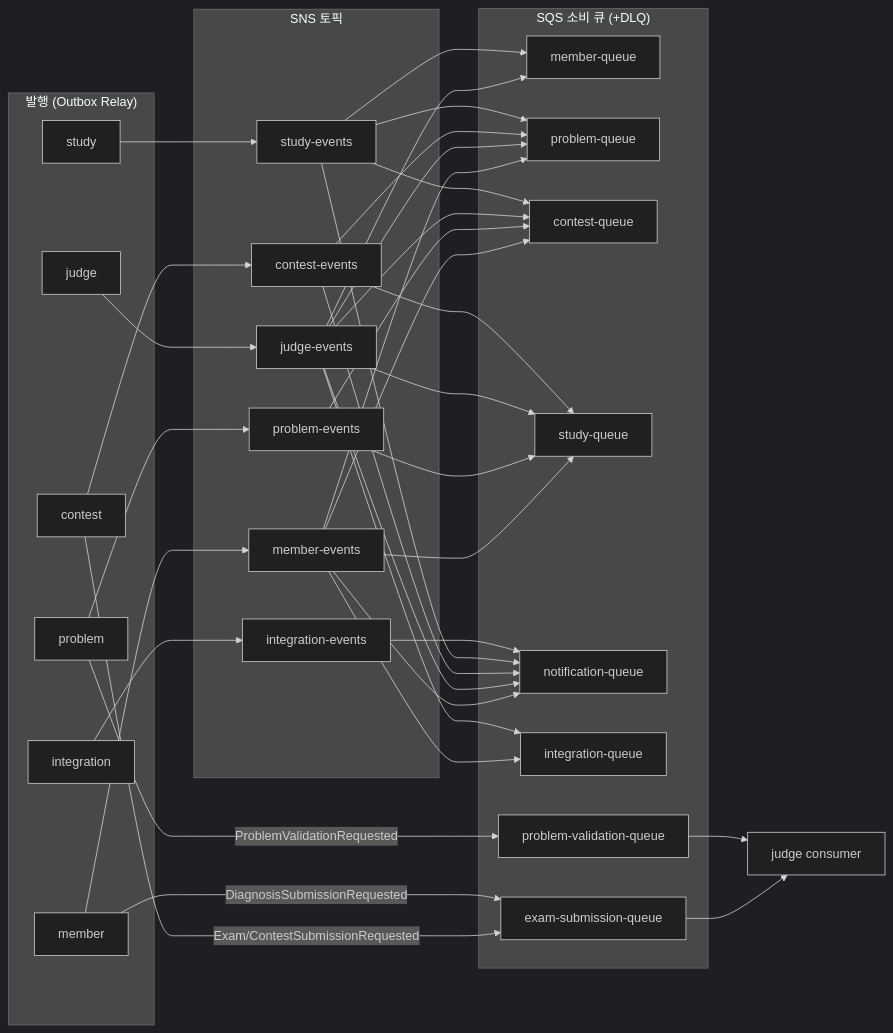
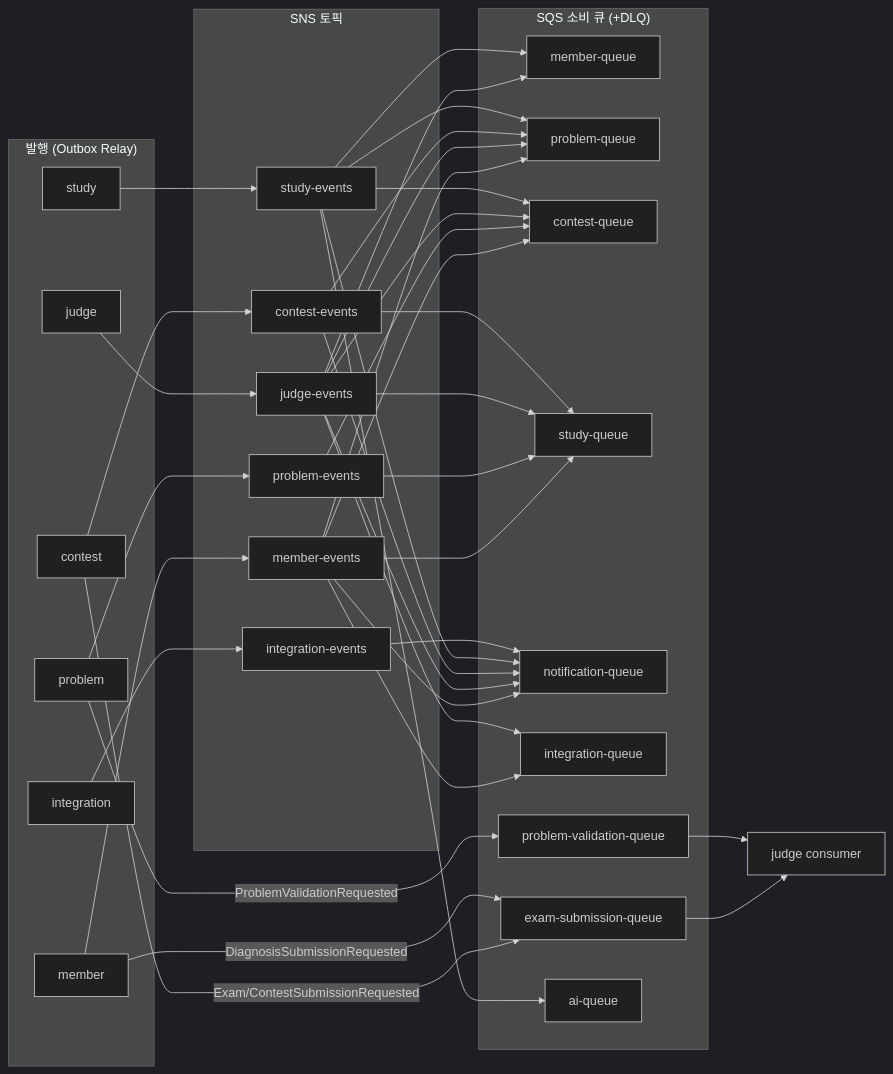
Before and after one commit to Back-To-Back-team-3/re-solve: the diagram in docs/dev/specifications/event-contract.md, drawn with Mermaid (dark theme). The commit also changed other lines of this file and 9 other files, not shown here.

````diff
--- a/docs/dev/specifications/event-contract.md
+++ b/docs/dev/specifications/event-contract.md
@@ -91,46 +91,47 @@
 ```mermaid
 flowchart LR
     subgraph PUB["발행 (Outbox Relay)"]
         M[member]
         P[problem]
         J[judge]
         C[contest]
         S[study]
         I[integration]
     end
     subgraph TOPIC["SNS 토픽"]
         TM[member-events]
         TP[problem-events]
         TJ[judge-events]
         TC[contest-events]
         TS[study-events]
         TI[integration-events]
     end
     subgraph QUEUE["SQS 소비 큐 (+DLQ)"]
         QM[member-queue]
         QP[problem-queue]
         QC[contest-queue]
         QS[study-queue]
         QN[notification-queue]
         QI[integration-queue]
         QX[exam-submission-queue]
         QV[problem-validation-queue]
+        QA[ai-queue]
     end
     M --> TM
     P --> TP
     J --> TJ
     C --> TC
     S --> TS
     I --> TI
     C -->|"Exam/ContestSubmissionRequested"| QX
     M -->|"DiagnosisSubmissionRequested"| QX
     QX --> JS[judge consumer]
     P -->|"ProblemValidationRequested"| QV
     QV --> JS
     TM --> QP & QC & QS & QN & QI
     TP --> QS & QC
     TJ --> QM & QP & QC & QS & QN & QI
     TC --> QP & QS & QN
-    TS --> QM & QP & QC & QN
+    TS --> QM & QP & QC & QN & QA
     TI --> QN
 ```
````
